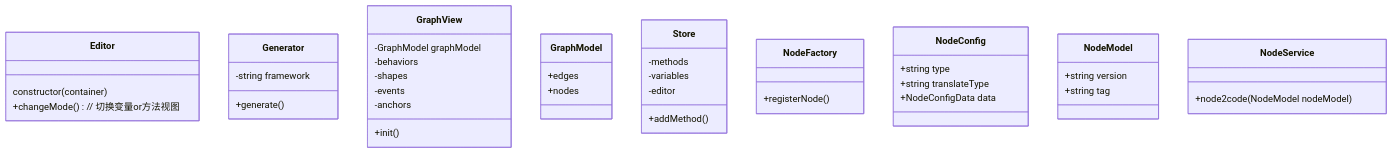
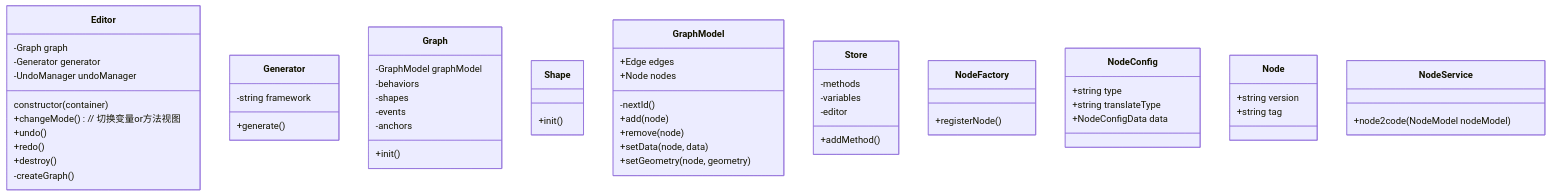
One commit to hanchayi/appglad changed the diagram in apps/blog/pages/interview/project/spec/blueprint.md. Above: the diagram before and after it, drawn with Mermaid. The commit also changed 1 other file, not shown here.

````diff
--- a/apps/blog/pages/interview/project/spec/blueprint.md
+++ b/apps/blog/pages/interview/project/spec/blueprint.md
@@ -20,52 +20,68 @@
 ```mermaid
 classDiagram
     class Editor{
       constructor(container)
+      -Graph graph
+      -Generator generator
+      -UndoManager undoManager
       +changeMode() // 切换变量or方法视图
+      +undo()
+      +redo()
+      +destroy()
+      -createGraph()
     }
 
     class Generator{
       -string framework
       +generate()
     }
 
-    class GraphView {
+    class Graph {
       -GraphModel graphModel
       -behaviors
       -shapes
       -events
       -anchors
       +init()
     }
 
+    class Shape {
+      +init()
+    }
+
     class GraphModel {
-      +edges
-      +nodes
+      +Edge edges
+      +Node nodes
+      -nextId()
+      +add(node)
+      +remove(node)
+      +setData(node, data)
+      +setGeometry(node, geometry)
     }
 
     class Store {
         -methods
         -variables
         -editor
         +addMethod()
     }
 
     class NodeFactory {
       +registerNode()
     }
 
     class NodeConfig {
       +string type
       +string translateType
       +NodeConfigData data
     }
 
-    class NodeModel {
+    class Node {
       +string version
       +string tag
     }
 
     class NodeService {
       +node2code(NodeModel nodeModel)
     }
 ```
````
